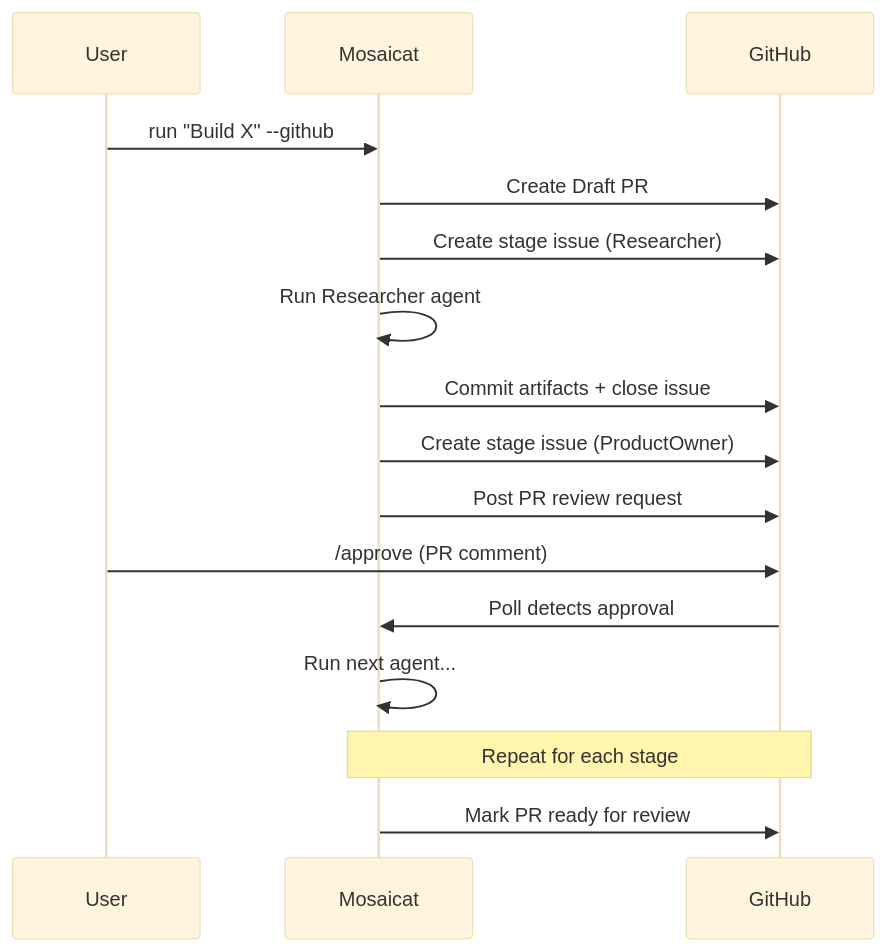
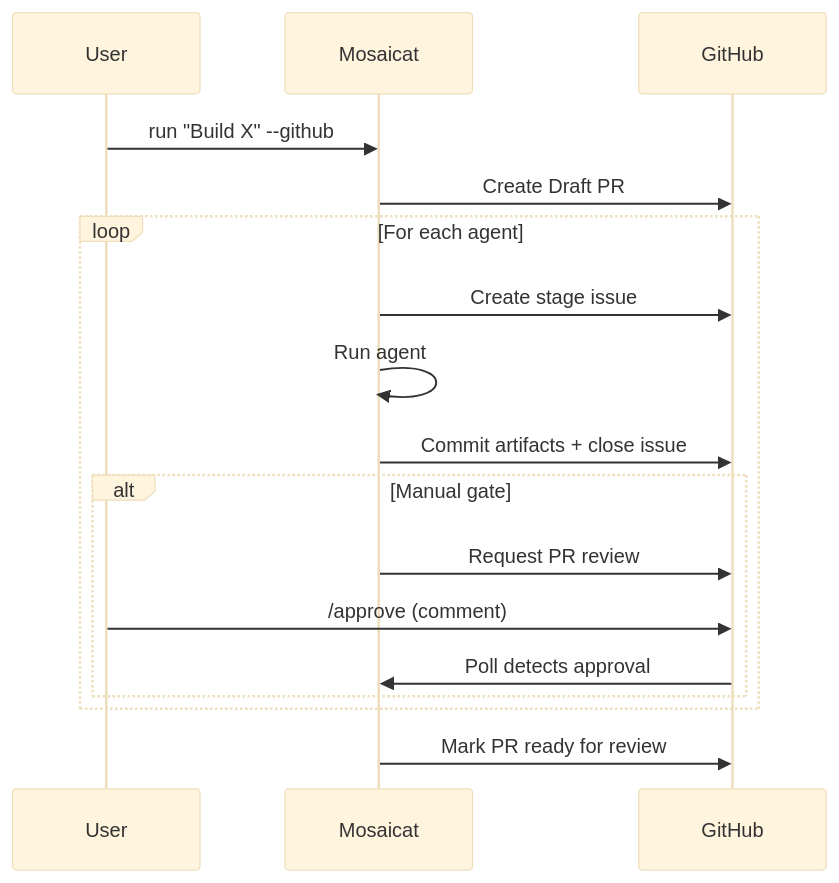
One commit to ZB-ur/mosaicat changed the second of 3 diagrams in README.md. Above: the diagram before and after it, drawn with Mermaid (base theme). The commit also changed other lines of this file and 1 other file, not shown here.

````diff
--- a/README.md
+++ b/README.md
@@ -175,19 +155,20 @@
 ```mermaid
 sequenceDiagram
     participant U as User
     participant M as Mosaicat
     participant GH as GitHub
 
     U->>M: run "Build X" --github
     M->>GH: Create Draft PR
-    M->>GH: Create stage issue (Researcher)
-    M->>M: Run Researcher agent
-    M->>GH: Commit artifacts + close issue
-    M->>GH: Create stage issue (ProductOwner)
-    M->>GH: Post PR review request
-    U->>GH: /approve (PR comment)
-    GH->>M: Poll detects approval
-    M->>M: Run next agent...
-    Note over M,GH: Repeat for each stage
+    loop For each agent
+        M->>GH: Create stage issue
+        M->>M: Run agent
+        M->>GH: Commit artifacts + close issue
+        alt Manual gate
+            M->>GH: Request PR review
+            U->>GH: /approve (comment)
+            GH->>M: Poll detects approval
+        end
+    end
     M->>GH: Mark PR ready for review
 ```
````
